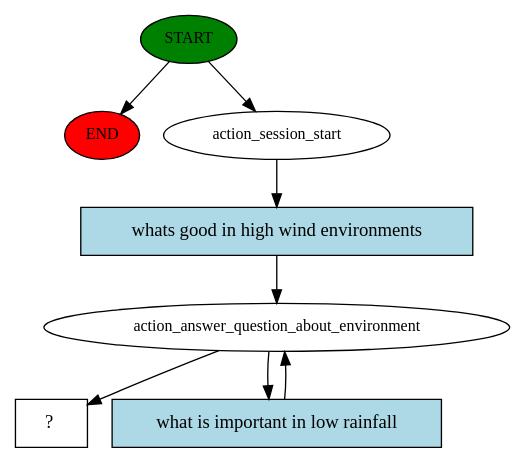
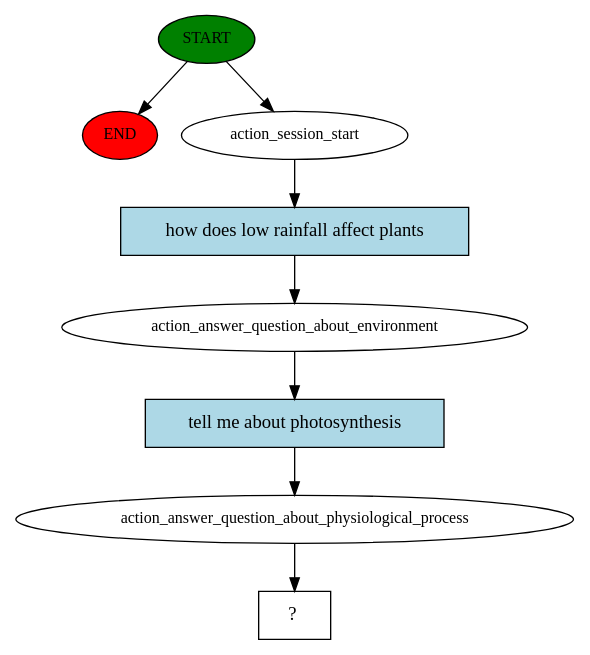
Before and after one commit to gozlen/virtual-assistant: the diagram in story_graph.dot, drawn with Graphviz. The commit also changed 7 other files, not shown here.

```diff
--- a/story_graph.dot
+++ b/story_graph.dot
@@ -1,16 +1,17 @@
 digraph  {
 0 [class="start active", fillcolor=green, fontsize=12, label=START, style=filled];
 "-1" [class=end, fillcolor=red, fontsize=12, label=END, style=filled];
 1 [class=active, fontsize=12, label=action_session_start];
 2 [class=active, fontsize=12, label=action_answer_question_about_environment];
-6 [class="intent dashed active", label="  ?  ", shape=rect];
-7 [class="intent active", fillcolor=lightblue, label="whats good in high wind environments", shape=rect, style=filled];
-8 [class="intent active", fillcolor=lightblue, label="what is important in low rainfall", shape=rect, style=filled];
+3 [class=active, fontsize=12, label=action_answer_question_about_physiological_process];
+4 [class="intent dashed active", label="  ?  ", shape=rect];
+5 [class="intent active", fillcolor=lightblue, label="how does low rainfall affect plants", shape=rect, style=filled];
+6 [class="intent active", fillcolor=lightblue, label="tell me about photosynthesis", shape=rect, style=filled];
 0 -> "-1"  [class="", key=NONE, label=""];
 0 -> 1  [class=active, key=NONE, label=""];
-1 -> 7  [class=active, key=0];
-2 -> 6  [class=active, key=NONE, label=""];
-2 -> 8  [class=active, key=0];
-7 -> 2  [class=active, key=0];
-8 -> 2  [class=active, key=0];
+1 -> 5  [class=active, key=0];
+2 -> 6  [class=active, key=0];
+3 -> 4  [class=active, key=NONE, label=""];
+5 -> 2  [class=active, key=0];
+6 -> 3  [class=active, key=0];
 }
```
